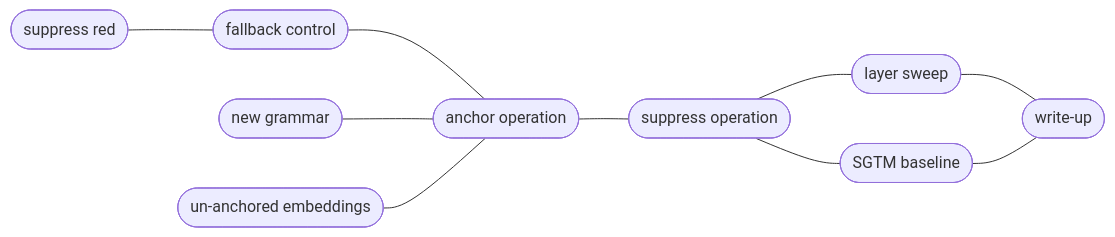
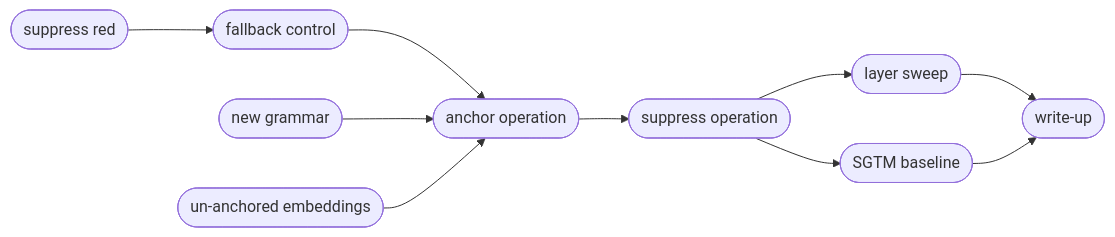
Before and after one commit to z0u/sca2: the diagram in docs/m2/d2.2/design.md, drawn with Mermaid. The commit also changed other lines of this file, not shown here.

````diff
--- a/docs/m2/d2.2/design.md
+++ b/docs/m2/d2.2/design.md
@@ -19,15 +19,15 @@
 ```mermaid
 flowchart LR
 a11(["suppress red"])
 a12(["fallback control"])
 a2(["new grammar"])
 a3(["un-anchored embeddings"])
 c(["anchor operation"])
 d(["suppress operation"])
 e(["layer sweep"])
 f(["SGTM baseline"])
 g(["write-up"])
 
-a11 --- a12
-a12 & a2 & a3 --- c --- d --- e & f --- g
+a11 --> a12
+a12 & a2 & a3 --> c --> d --> e & f --> g
 ```
````
